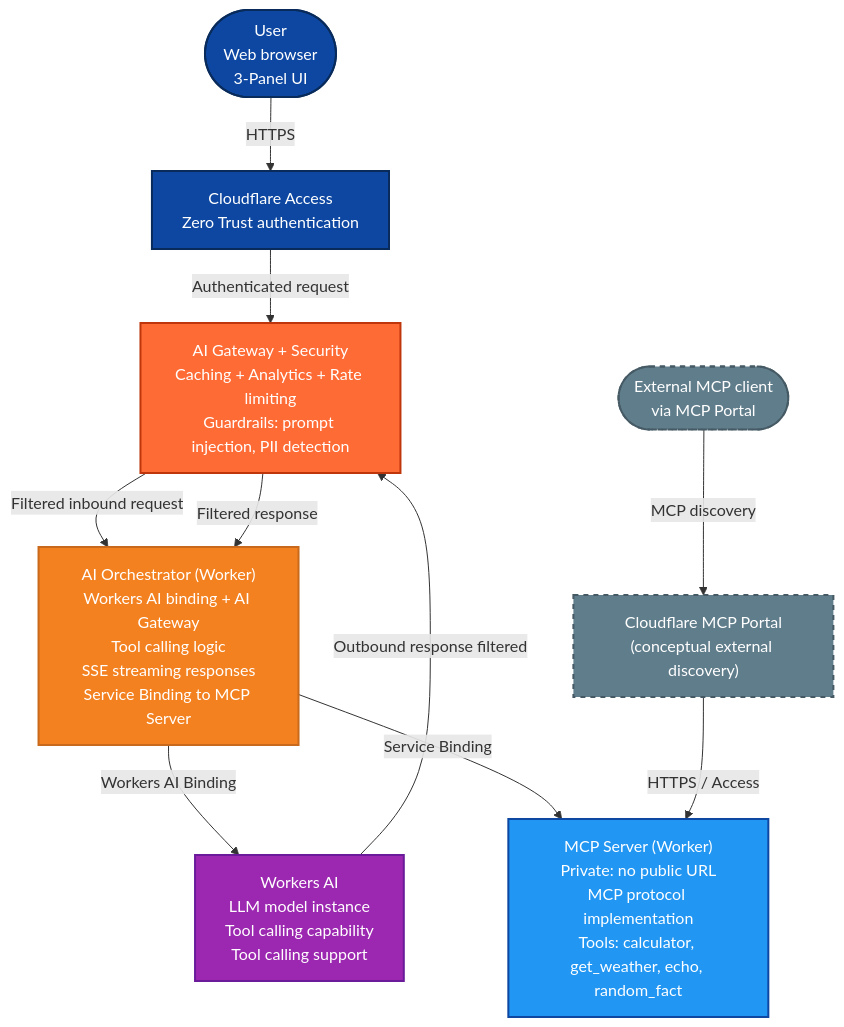
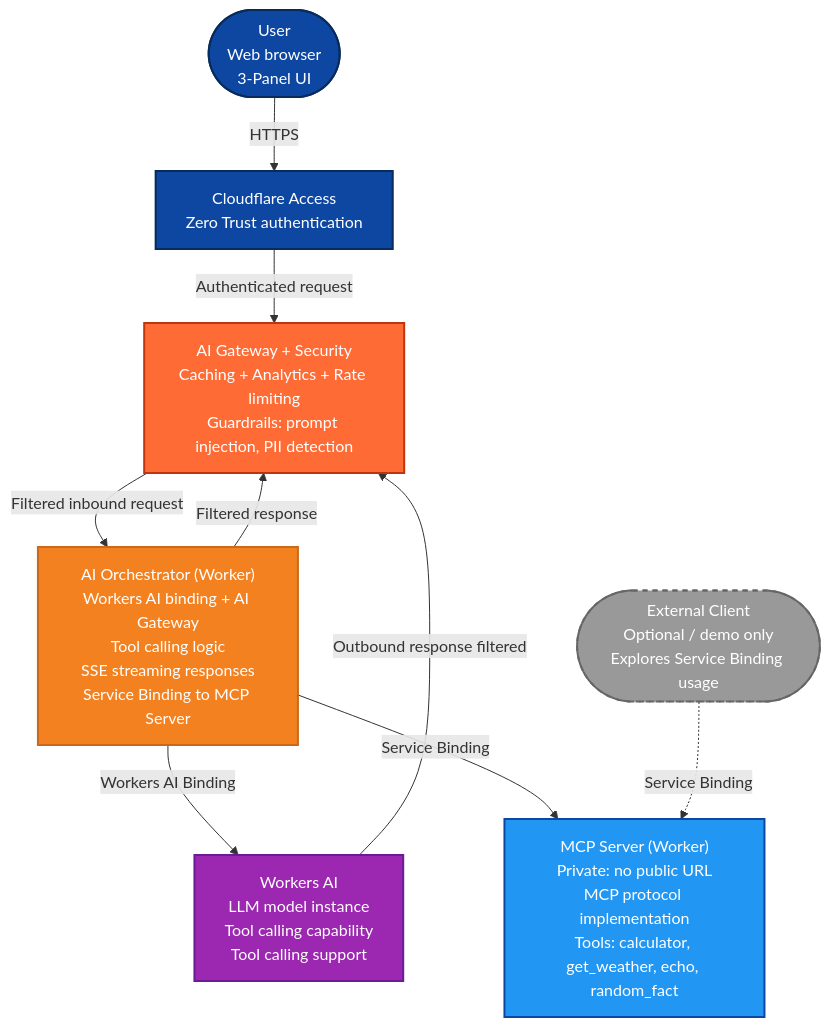
Before and after one commit to cheapredwine/mcp-demo-cloudflare: the diagram in docs/architecture.md, drawn with Mermaid. The commit also changed other lines of this file and 20 other files, not shown here.

First line of the commit message:
refactor: remove workers-client and MCP Portal experiment

````diff
--- a/docs/architecture.md
+++ b/docs/architecture.md
@@ -3,37 +3,34 @@
 ```mermaid
 flowchart TB
   user([User<br/>Web browser<br/>3-Panel UI])
   access["Cloudflare Access<br/>Zero Trust authentication"]
   aiOrch["AI Orchestrator (Worker)<br/>Workers AI binding + AI Gateway<br/>Tool calling logic<br/>SSE streaming responses<br/>Service Binding to MCP Server"]
   workersAI["Workers AI<br/>LLM model instance<br/>Tool calling capability<br/>Tool calling support"]
   gateway["AI Gateway + Security<br/>Caching + Analytics + Rate limiting<br/>Guardrails: prompt injection, PII detection"]
   mcp["MCP Server (Worker)<br/>Private: no public URL<br/>MCP protocol implementation<br/>Tools: calculator, get_weather, echo, random_fact"]
+  extClient([External Client<br/>Optional / demo only<br/>Explores Service Binding usage])
 
   user -->|HTTPS| access
   access -->|Authenticated request| gateway
   gateway -->|Filtered inbound request| aiOrch
   aiOrch -->|Workers AI Binding| workersAI
   workersAI -->|Outbound response filtered| gateway
-  gateway -->|Filtered response| aiOrch
+  aiOrch -->|Filtered response| gateway
   aiOrch -->|Service Binding| mcp
-  externalClient([External MCP client<br/>via MCP Portal])
-  portal["Cloudflare MCP Portal<br/>(conceptual external discovery)"]
-  externalClient -->|MCP discovery| portal
-  portal -->|HTTPS / Access| mcp
+  extClient -.->|Service Binding| mcp
 
   classDef cloudflare fill:#0D47A1,stroke:#082B5B,color:#fff,stroke-width:2px;
   classDef worker fill:#F48120,stroke:#C9691C,color:#fff,stroke-width:2px;
   classDef ai fill:#9C27B0,stroke:#6A1B9A,color:#fff,stroke-width:2px;
   classDef gateway fill:#FF6B35,stroke:#BF360C,color:#fff,stroke-width:2px;
   classDef private fill:#2196F3,stroke:#0D47A1,color:#fff,stroke-width:2px;
-  classDef planned fill:#607D8B,stroke:#455A64,color:#fff,stroke-width:2px,stroke-dasharray: 5 5;
+  classDef optional fill:#999,stroke:#666,color:#fff,stroke-width:2px,stroke-dasharray: 5 5;
 
   class user cloudflare;
   class access cloudflare;
   class aiOrch worker;
   class workersAI ai;
   class gateway gateway;
   class mcp private;
-  class portal planned;
-  class externalClient planned;
+  class extClient optional;
 ```
````
